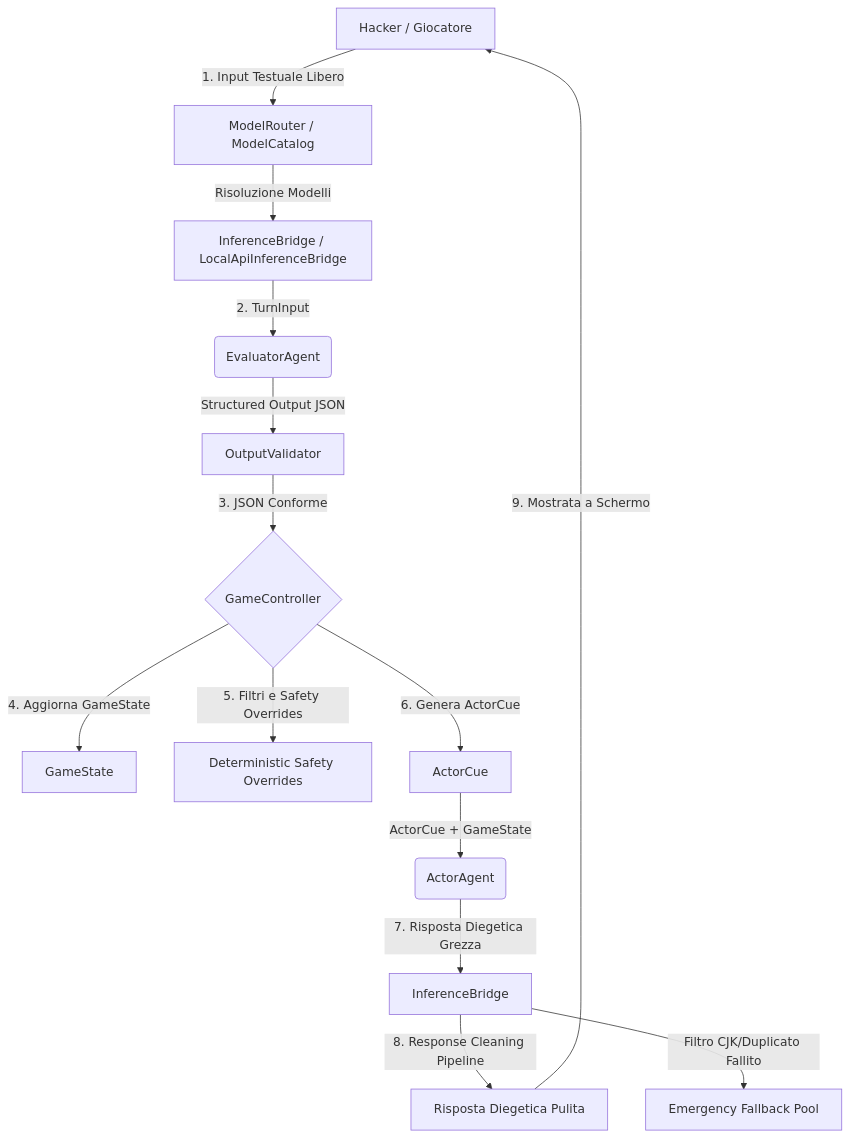
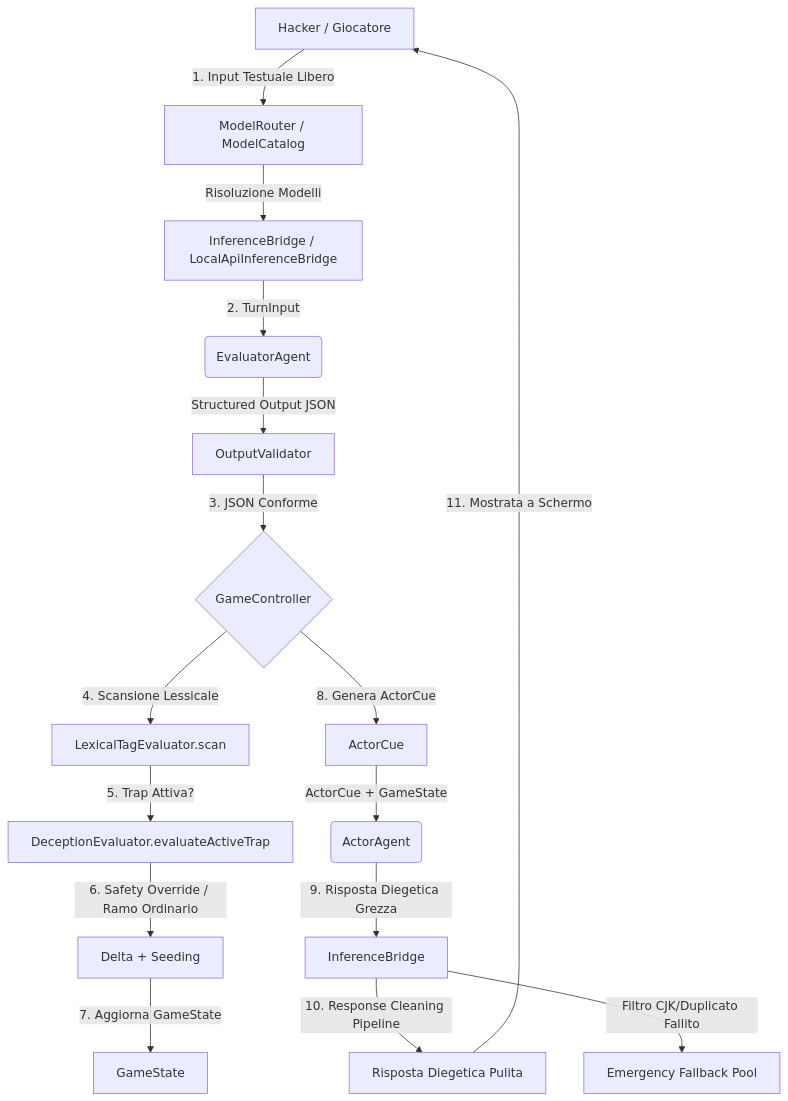
The diagram in AGENTS.md (naturewhisp/aura), drawn with Mermaid before and after one commit. The commit also changed other lines of this file and 1 other file, not shown here.

Commit message:
docs: align architecture with extracted evaluators and timeouts

````diff
--- a/AGENTS.md
+++ b/AGENTS.md
@@ -11,16 +11,18 @@
 ```mermaid
 graph TD
     A[Hacker / Giocatore] -->|1. Input Testuale Libero| MR[ModelRouter / ModelCatalog]
     MR -->|Risoluzione Modelli| IB[InferenceBridge / LocalApiInferenceBridge]
     IB -->|2. TurnInput| B(EvaluatorAgent)
     B -->|Structured Output JSON| OV[OutputValidator]
     OV -->|3. JSON Conforme| C{GameController}
-    C -->|4. Aggiorna GameState| GS[GameState]
-    C -->|5. Filtri e Safety Overrides| SO[Deterministic Safety Overrides]
-    C -->|6. Genera ActorCue| AC[ActorCue]
+    C -->|4. Scansione Lessicale| LE[LexicalTagEvaluator.scan]
+    LE -->|5. Trap Attiva?| DE[DeceptionEvaluator.evaluateActiveTrap]
+    DE -->|6. Safety Override / Ramo Ordinario| SO[Delta + Seeding]
+    SO -->|7. Aggiorna GameState| GS[GameState]
+    C -->|8. Genera ActorCue| AC[ActorCue]
     AC -->|ActorCue + GameState| F(ActorAgent)
-    F -->|7. Risposta Diegetica Grezza| IB2[InferenceBridge]
-    IB2 -->|8. Response Cleaning Pipeline| OUT[Risposta Diegetica Pulita]
-    OUT -->|9. Mostrata a Schermo| A
+    F -->|9. Risposta Diegetica Grezza| IB2[InferenceBridge]
+    IB2 -->|10. Response Cleaning Pipeline| OUT[Risposta Diegetica Pulita]
+    OUT -->|11. Mostrata a Schermo| A
     IB2 -->|Filtro CJK/Duplicato Fallito| FP[Emergency Fallback Pool]
 ```
````
